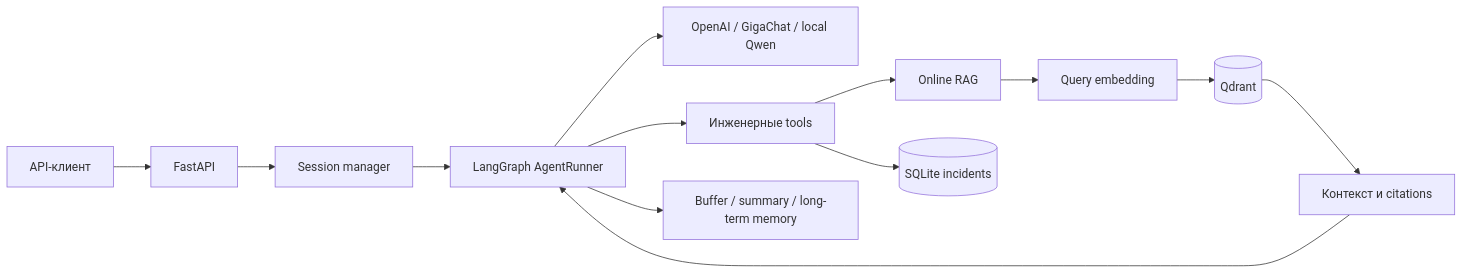
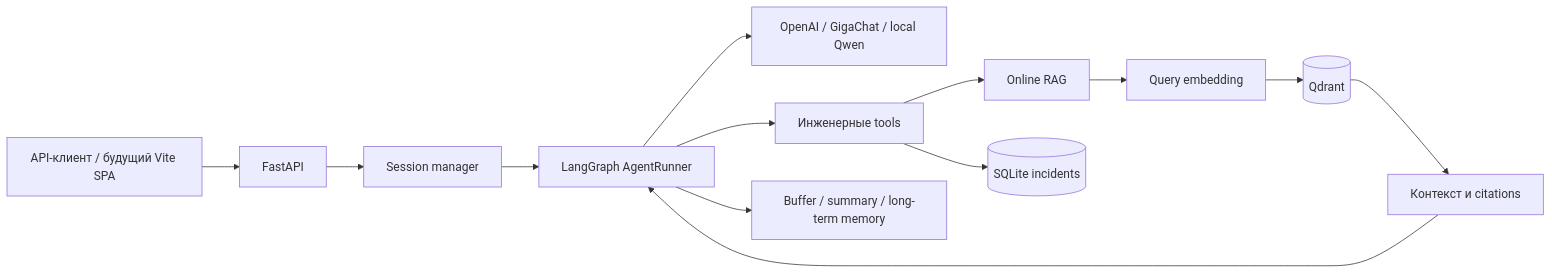
Before and after one commit to tsenturion/rag: the fifth of 13 diagrams in README.md, drawn with Mermaid. The commit also changed other lines of this file and 26 other files, not shown here.

````diff
--- a/README.md
+++ b/README.md
@@ -2102,15 +2109,15 @@
 ```mermaid
 flowchart LR
-    Client["API-клиент"] --> API["FastAPI"]
+    Client["API-клиент / будущий Vite SPA"] --> API["FastAPI"]
     API --> Sessions["Session manager"]
     Sessions --> Graph["LangGraph AgentRunner"]
     Graph --> LLM["OpenAI / GigaChat / local Qwen"]
     Graph --> Tools["Инженерные tools"]
     Graph --> Memory["Buffer / summary / long-term memory"]
     Tools --> RAG["Online RAG"]
     RAG --> QueryEmbedding["Query embedding"]
     QueryEmbedding --> Qdrant[("Qdrant")]
     Tools --> Incidents[("SQLite incidents")]
     Qdrant --> Citations["Контекст и citations"]
     Citations --> Graph
 ```
````
